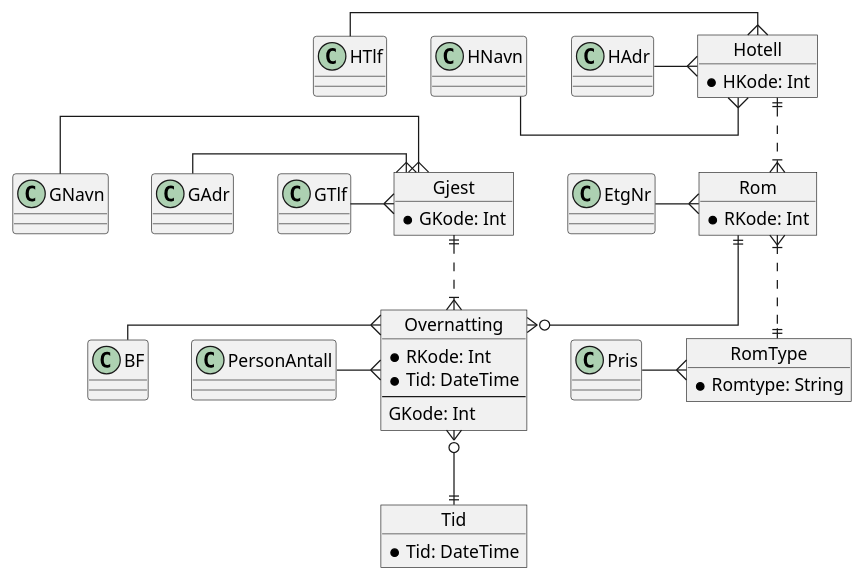
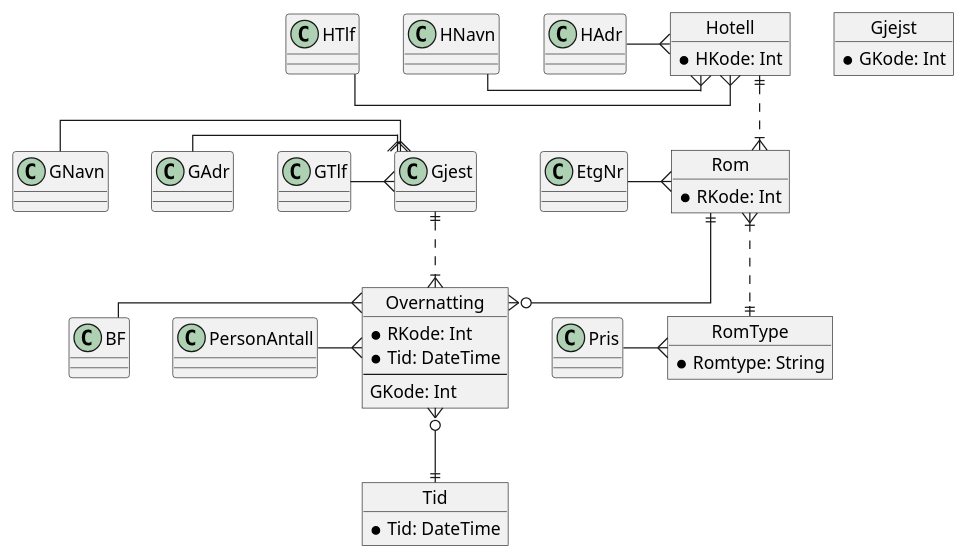
Before and after one commit to Vatnar/UIAOBSIDIAN: the third of 4 diagrams in 25V/IKT105 Datamodellering og Databaser/Jan/01.29 Datamodellering.md, drawn with PlantUML.

Commit message:
vault backup: 2025-01-31 12:25:13

````diff
--- a/25V/IKT105 Datamodellering og Databaser/Jan/01.29 Datamodellering.md
+++ b/25V/IKT105 Datamodellering og Databaser/Jan/01.29 Datamodellering.md
@@ -70,51 +70,51 @@
 ```plantuml
 @startuml
 skinparam linetype ortho
 
 object Tid {
   *Tid: DateTime
 }
 
 object Hotell {
   *HKode: Int
 }
 
 object Rom {
   *RKode: Int
 }
 
 object RomType {
   *Romtype: String
 }
 
-object Gjest {
+object Gjejst {
   *GKode: Int
 }
 
 object Overnatting {
   *RKode: Int
   *Tid: DateTime
   --
   GKode: Int
 }
 
 Hotell ||..|{ Rom
 Rom ||--o{ Overnatting
 Overnatting }o--|| Tid
 Gjest ||..|{ Overnatting
 Rom }|..|| RomType
 
 HTlf -{ Hotell
 HNavn -{ Hotell
 HAdr -{ Hotell
 GNavn -{ Gjest
 GAdr -{ Gjest
 GTlf -{ Gjest
 Pris -{ RomType
 EtgNr -{ Rom
 PersonAntall -{ Overnatting
 BF -{ Overnatting
 
 @enduml
 
 ```
````
